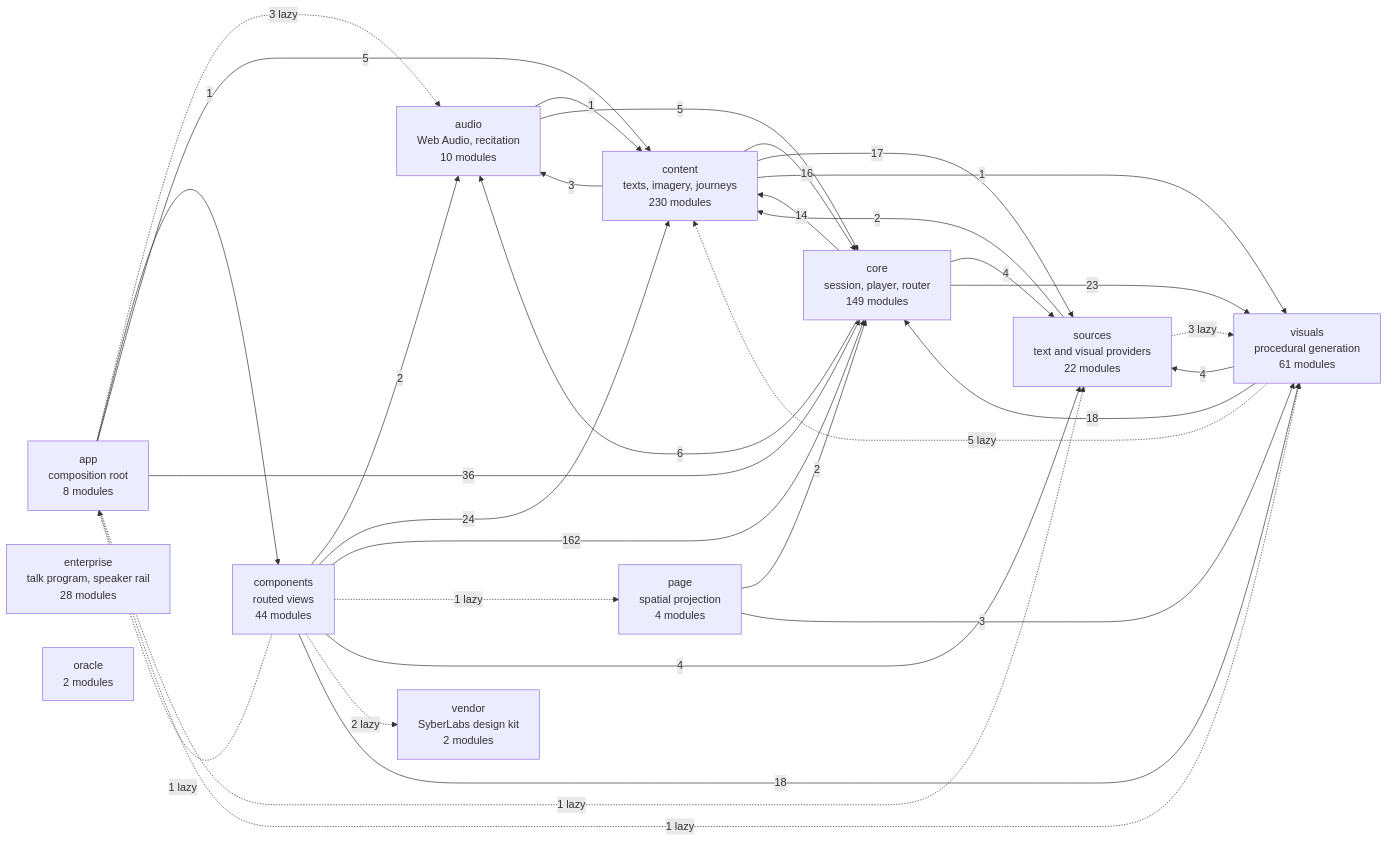
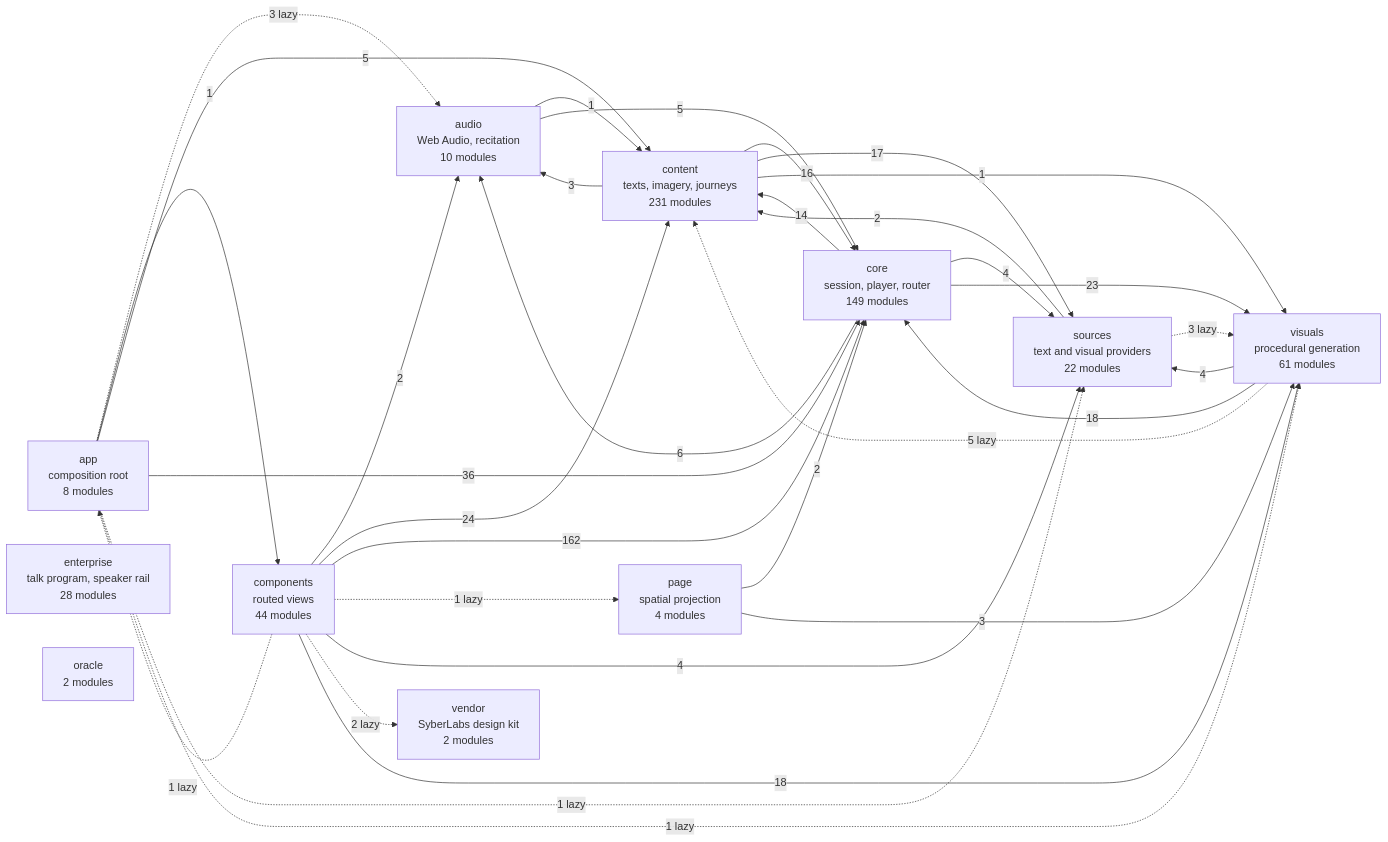
The diagram in docs/specs/ARCHITECTURE.md (SyberLabs/RISE), drawn with Mermaid before and after one commit.

Commit message:
Refresh architecture module count for authored examples

````diff
--- a/docs/specs/ARCHITECTURE.md
+++ b/docs/specs/ARCHITECTURE.md
@@ -160,46 +160,46 @@
 ```mermaid
 flowchart LR
     app["app<br/>composition root<br/>8 modules"]
     audio["audio<br/>Web Audio, recitation<br/>10 modules"]
     components["components<br/>routed views<br/>44 modules"]
-    content["content<br/>texts, imagery, journeys<br/>230 modules"]
+    content["content<br/>texts, imagery, journeys<br/>231 modules"]
     core["core<br/>session, player, router<br/>149 modules"]
     enterprise["enterprise<br/>talk program, speaker rail<br/>28 modules"]
     oracle["oracle<br/>2 modules"]
     page["page<br/>spatial projection<br/>4 modules"]
     sources["sources<br/>text and visual providers<br/>22 modules"]
     vendor["vendor<br/>SyberLabs design kit<br/>2 modules"]
     visuals["visuals<br/>procedural generation<br/>61 modules"]
 
     app -.-> |3 lazy| audio
     app --> |1| components
     app --> |5| content
     app --> |36| core
     app -.-> |1 lazy| sources
     app -.-> |1 lazy| visuals
     audio --> |1| content
     audio --> |5| core
     components -.-> |1 lazy| app
     components --> |2| audio
     components --> |24| content
     components --> |162| core
     components -.-> |1 lazy| page
     components --> |4| sources
     components -.-> |2 lazy| vendor
     components --> |18| visuals
     content --> |3| audio
     content --> |16| core
     content --> |17| sources
     content --> |1| visuals
     core --> |6| audio
     core --> |14| content
     core --> |4| sources
     core --> |23| visuals
     page --> |2| core
     page --> |3| visuals
     sources --> |2| content
     sources -.-> |3 lazy| visuals
     visuals -.-> |5 lazy| content
     visuals --> |18| core
     visuals --> |4| sources
 ```
````
